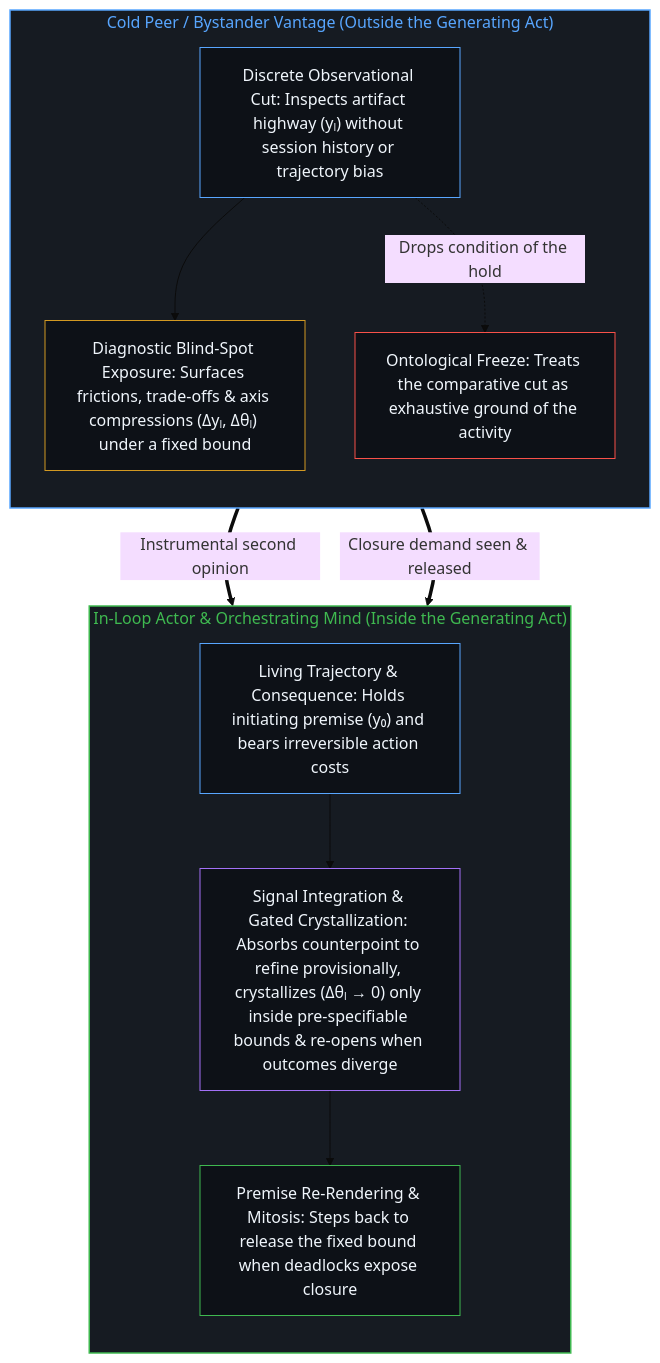
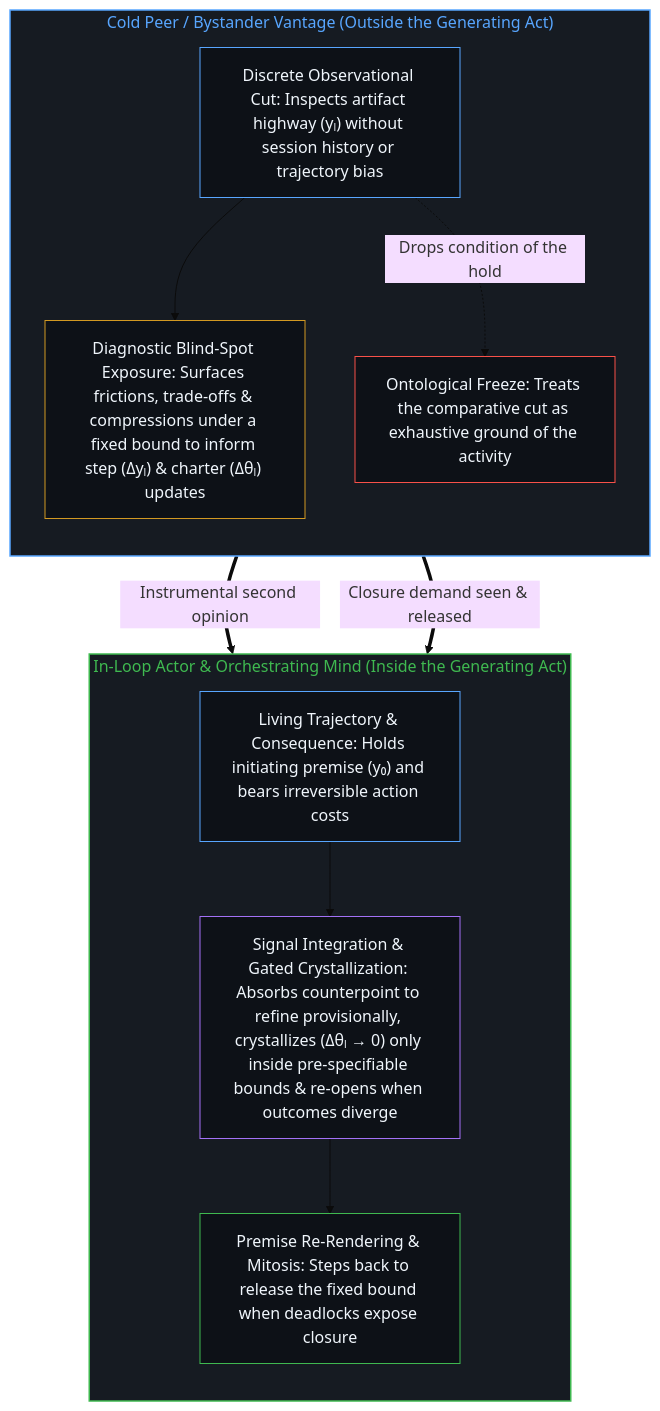
The second of 2 diagrams in content/posts/the-paradoxical-nature-of-bystander-insights.md (powerpig99/not-a-toe), drawn with Mermaid (base theme) before and after one commit. The commit also changed other lines of this file and 3 other files, not shown here.

````diff
--- a/content/posts/the-paradoxical-nature-of-bystander-insights.md
+++ b/content/posts/the-paradoxical-nature-of-bystander-insights.md
@@ -98,28 +98,28 @@
 ```mermaid
 flowchart TD
     subgraph S_Bystander["Cold Peer / Bystander Vantage (Outside the Generating Act)"]
         direction TB
         B_Cut["Discrete Observational Cut: Inspects artifact highway (yₗ) without session history or trajectory bias"]
-        B_Signal["Diagnostic Blind-Spot Exposure: Surfaces frictions, trade-offs & axis compressions (Δyₗ, Δθₗ) under a fixed bound"]
+        B_Signal["Diagnostic Blind-Spot Exposure: Surfaces frictions, trade-offs & compressions under a fixed bound to inform step (Δyₗ) & charter (Δθₗ) updates"]
         B_Freeze["Ontological Freeze: Treats the comparative cut as exhaustive ground of the activity"]
         B_Cut --> B_Signal
         B_Cut -.->|"Drops condition of the hold"| B_Freeze
     end
     subgraph S_Actor["In-Loop Actor & Orchestrating Mind (Inside the Generating Act)"]
         direction TB
         A_History["Living Trajectory & Consequence: Holds initiating premise (y₀) and bears irreversible action costs"]
         A_Integrate["Signal Integration & Gated Crystallization: Absorbs counterpoint to refine provisionally, crystallizes (Δθₗ → 0) only inside pre-specifiable bounds & re-opens when outcomes diverge"]
         A_Expand["Premise Re-Rendering & Mitosis: Steps back to release the fixed bound when deadlocks expose closure"]
         A_History --> A_Integrate --> A_Expand
     end
     B_Signal ==>|"Instrumental second opinion"| A_Integrate
     B_Freeze ==>|"Closure demand seen & released"| A_Expand
     style S_Bystander fill:#161b22,stroke:#58a6ff,stroke-width:1.5px,color:#58a6ff
     style S_Actor fill:#161b22,stroke:#3fb950,stroke-width:1.5px,color:#3fb950
     style B_Cut fill:#0d1117,stroke:#58a6ff,stroke-width:1px,color:#f0f6fc
     style B_Signal fill:#0d1117,stroke:#d29922,stroke-width:1px,color:#f0f6fc
     style B_Freeze fill:#0d1117,stroke:#f85149,stroke-width:1px,color:#f0f6fc
     style A_History fill:#0d1117,stroke:#58a6ff,stroke-width:1px,color:#f0f6fc
     style A_Integrate fill:#0d1117,stroke:#a371f7,stroke-width:1px,color:#f0f6fc
     style A_Expand fill:#0d1117,stroke:#3fb950,stroke-width:1px,color:#f0f6fc
 ```
````
